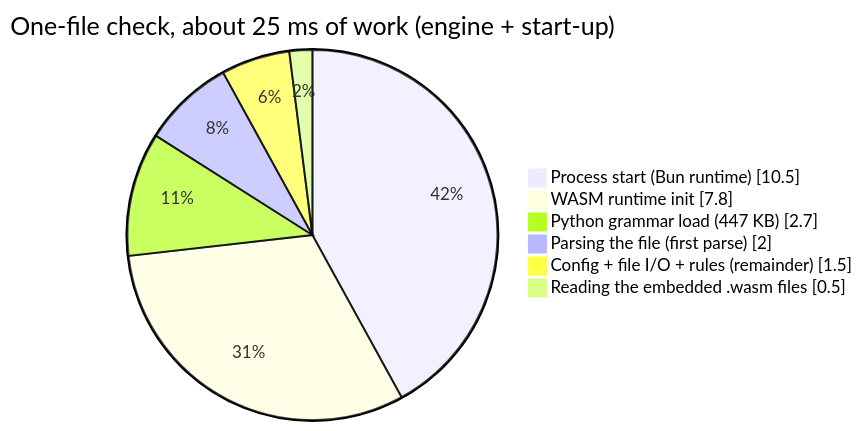
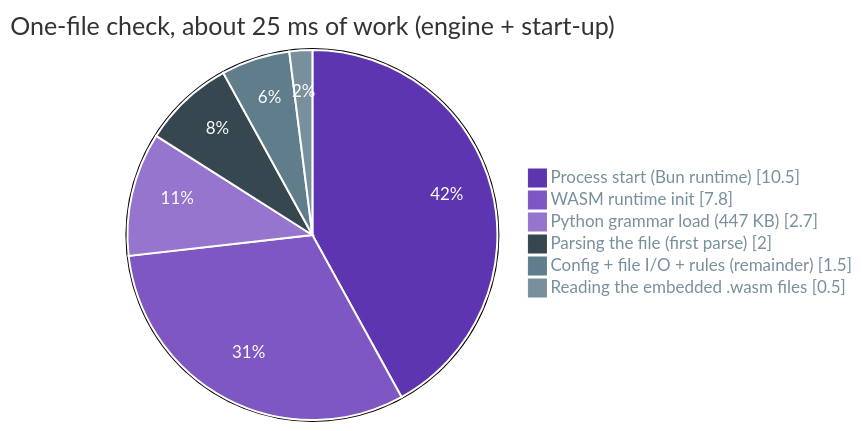
One commit to SirCypkowskyy/inwards changed the diagram in docs/chapters/06-Constraints-and-Quality.md. Above: the diagram before and after it, drawn with Mermaid. The commit also changed 7 other files, not shown here.

````diff
--- a/docs/chapters/06-Constraints-and-Quality.md
+++ b/docs/chapters/06-Constraints-and-Quality.md
@@ -93,10 +93,25 @@
 ```mermaid
+---
+config:
+  theme: base
+  themeVariables:
+    pieSectionTextColor: "#ffffff"
+    pieLegendTextColor: "#78909c"
+    pieStrokeColor: "#ffffff"
+    pieOpacity: "1"
+    pie1: "#5e35b1"
+    pie2: "#7e57c2"
+    pie3: "#9575cd"
+    pie4: "#37474f"
+    pie5: "#607d8b"
+    pie6: "#78909c"
+---
 pie showData
     title One-file check, about 25 ms of work (engine + start-up)
     "Process start (Bun runtime)" : 10.5
     "WASM runtime init" : 7.8
     "Python grammar load (447 KB)" : 2.7
     "Parsing the file (first parse)" : 2
     "Config + file I/O + rules (remainder)" : 1.5
     "Reading the embedded .wasm files" : 0.5
 ```
````
